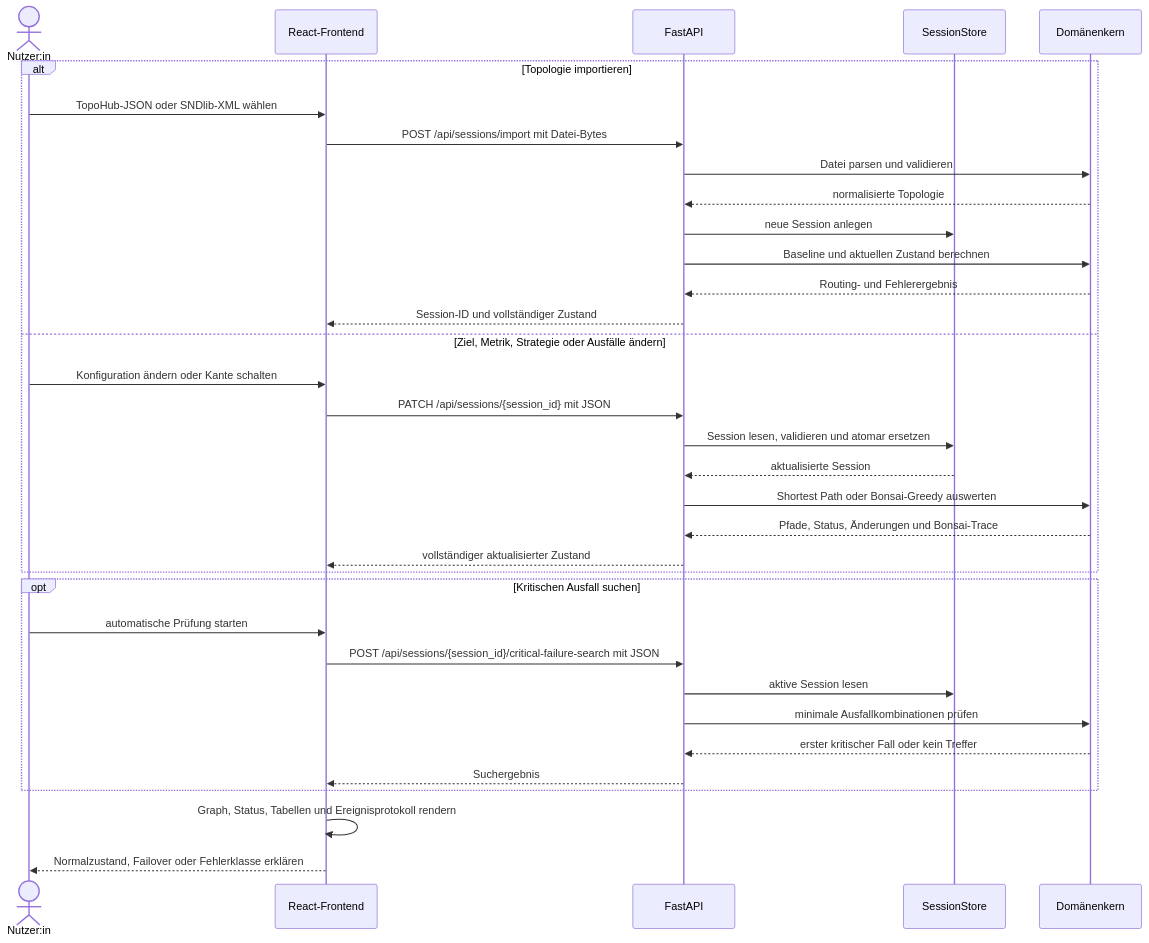
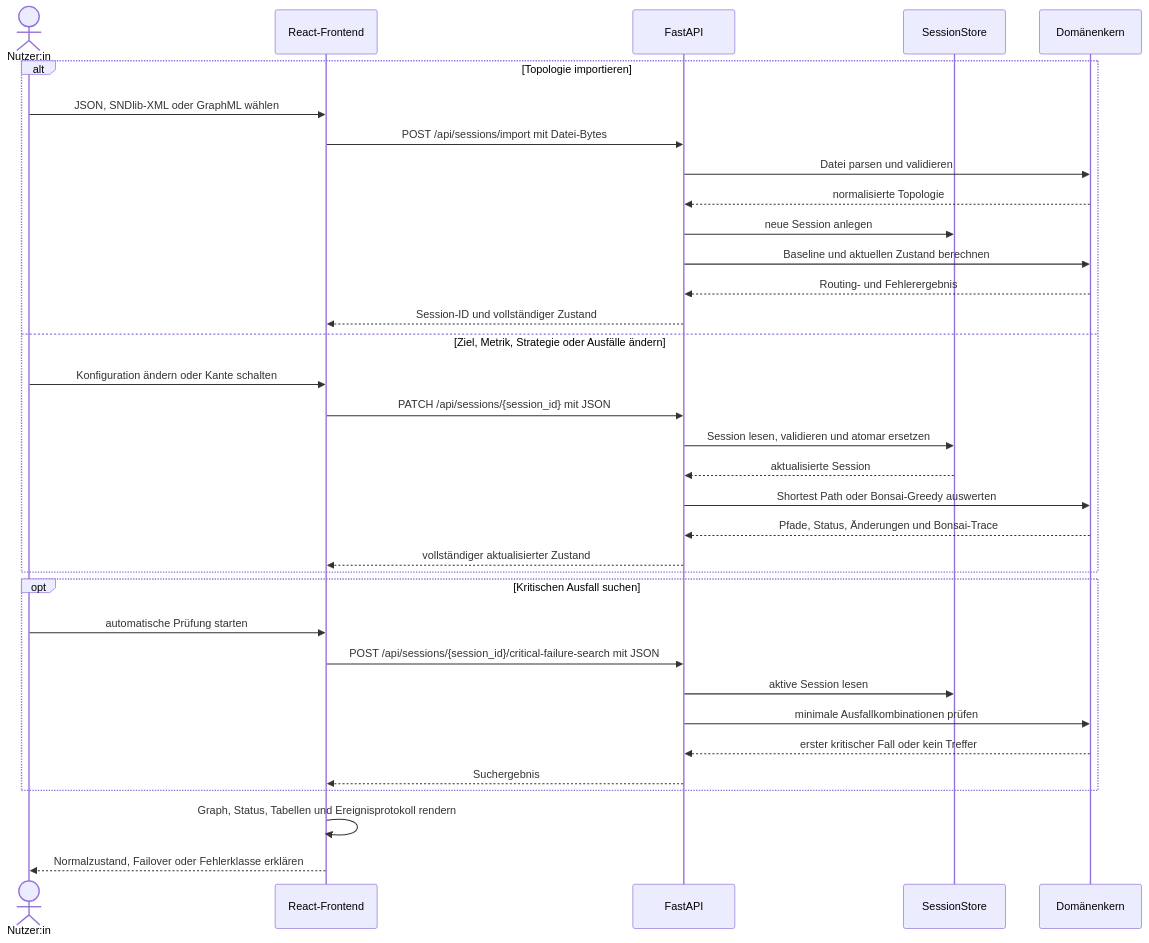
Before and after one commit to sammo3332/routing-simulator-hci-concept: the second of 2 diagrams in ARCHITECTURE.md, drawn with Mermaid. The commit also changed other lines of this file and 18 other files, not shown here.

Commit message:
feat: add GraphML import and study plan

````diff
--- a/ARCHITECTURE.md
+++ b/ARCHITECTURE.md
@@ -208,39 +208,39 @@
 ```mermaid
 sequenceDiagram
     actor U as Nutzer:in
     participant F as React-Frontend
     participant A as FastAPI
     participant S as SessionStore
     participant C as Domänenkern
 
     alt Topologie importieren
-        U->>F: TopoHub-JSON oder SNDlib-XML wählen
+        U->>F: JSON, SNDlib-XML oder GraphML wählen
         F->>A: POST /api/sessions/import mit Datei-Bytes
         A->>C: Datei parsen und validieren
         C-->>A: normalisierte Topologie
         A->>S: neue Session anlegen
         A->>C: Baseline und aktuellen Zustand berechnen
         C-->>A: Routing- und Fehlerergebnis
         A-->>F: Session-ID und vollständiger Zustand
     else Ziel, Metrik, Strategie oder Ausfälle ändern
         U->>F: Konfiguration ändern oder Kante schalten
         F->>A: PATCH /api/sessions/{session_id} mit JSON
         A->>S: Session lesen, validieren und atomar ersetzen
         S-->>A: aktualisierte Session
         A->>C: Shortest Path oder Bonsai-Greedy auswerten
         C-->>A: Pfade, Status, Änderungen und Bonsai-Trace
         A-->>F: vollständiger aktualisierter Zustand
     end
 
     opt Kritischen Ausfall suchen
         U->>F: automatische Prüfung starten
         F->>A: POST /api/sessions/{session_id}/critical-failure-search mit JSON
         A->>S: aktive Session lesen
         A->>C: minimale Ausfallkombinationen prüfen
         C-->>A: erster kritischer Fall oder kein Treffer
         A-->>F: Suchergebnis
     end
 
     F->>F: Graph, Status, Tabellen und Ereignisprotokoll rendern
     F-->>U: Normalzustand, Failover oder Fehlerklasse erklären
 ```
````
